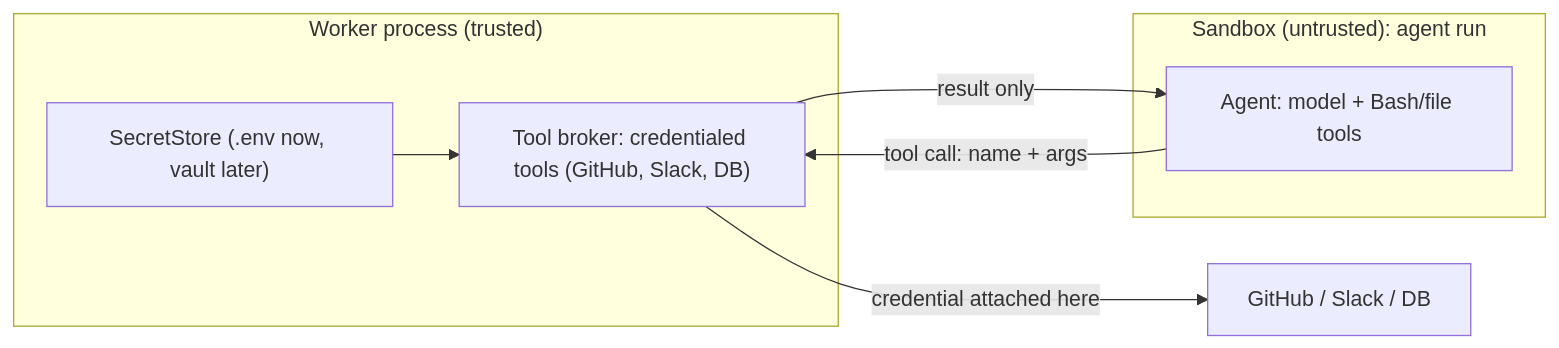
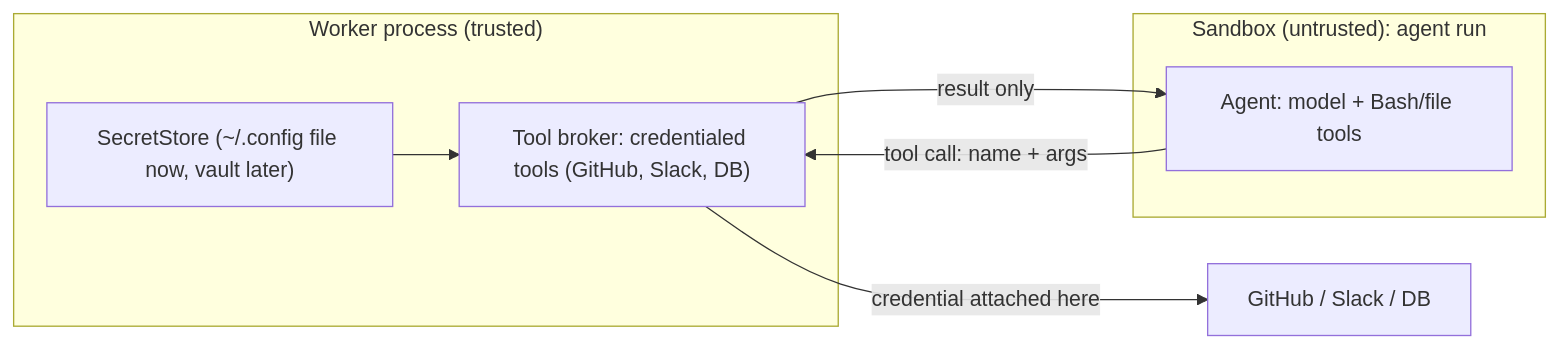
One commit to seonWKim/software-factory changed the fourth of 4 diagrams in docs/architecture.md. Above: the diagram before and after it, drawn with Mermaid. The commit also changed other lines of this file and 4 other files, not shown here.

Commit message:
secrets live outside the repo (~/.config/software-factory/.env); add setup guide

````diff
--- a/docs/architecture.md
+++ b/docs/architecture.md
@@ -201,14 +201,14 @@
 ```mermaid
 graph LR
   subgraph HOST["Worker process (trusted)"]
-    SS["SecretStore (.env now, vault later)"]
+    SS["SecretStore (~/.config file now, vault later)"]
     TB["Tool broker: credentialed tools (GitHub, Slack, DB)"]
     SS --> TB
   end
   subgraph SBX["Sandbox (untrusted): agent run"]
     AG["Agent: model + Bash/file tools"]
   end
   AG -->|"tool call: name + args"| TB
   TB -->|"result only"| AG
   TB -->|"credential attached here"| EXT["GitHub / Slack / DB"]
 ```
````
